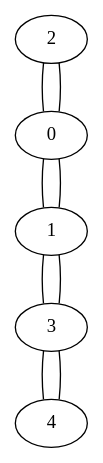
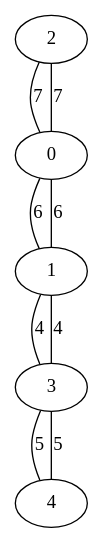
One commit to CSRT-NTUA/AlgoPlus changed the diagram in examples/graph/unnamed.dot. Above: the diagram before and after it, drawn with Graphviz. The commit also changed 4 other files, not shown here.

```diff
--- a/examples/graph/unnamed.dot
+++ b/examples/graph/unnamed.dot
@@ -1,10 +1,10 @@
 graph G{
-2--0[weight=7]
-0--1[weight=6]
-0--2[weight=7]
-4--3[weight=5]
-3--1[weight=4]
-3--4[weight=5]
-1--3[weight=4]
-1--0[weight=6]
+2--0[label=7]
+0--1[label=6]
+0--2[label=7]
+4--3[label=5]
+3--1[label=4]
+3--4[label=5]
+1--3[label=4]
+1--0[label=6]
 }
```
